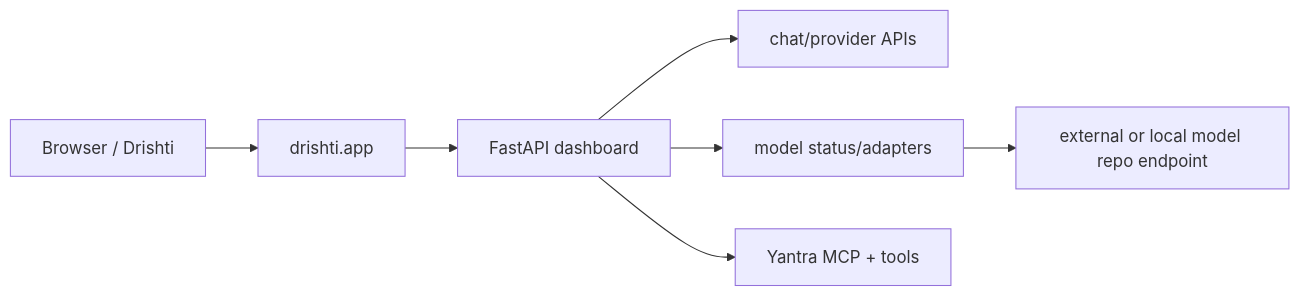
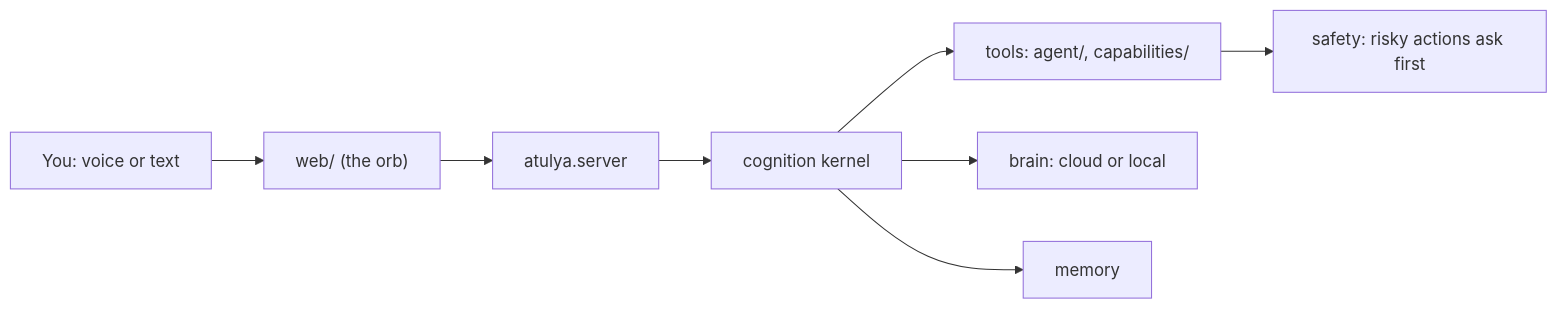
The diagram in README.md (atulyaai/Atulya-Tantra), drawn with Mermaid before and after one commit. The commit also changed other lines of this file and 203 other files, not shown here.

First line of the commit message:
refactor: one English layout - yantra and drishti merged into atulya/, web/ for the screen, one data/ folder

````diff
--- a/README.md
+++ b/README.md
@@ -233,9 +107,10 @@
 ```mermaid
 flowchart LR
-    Browser["Browser / Drishti"] --> Backend["drishti.app"]
-    Backend --> App["FastAPI dashboard"]
-    App --> Chat["chat/provider APIs"]
-    App --> Models["model status/adapters"]
-    App --> Yantra["Yantra MCP + tools"]
-    Models --> External["external or local model repo endpoint"]
+    You["You: voice or text"] --> Web["web/ (the orb)"]
+    Web --> Server["atulya.server"]
+    Server --> Kernel["cognition kernel"]
+    Kernel --> Tools["tools: agent/, capabilities/"]
+    Kernel --> Brain["brain: cloud or local"]
+    Kernel --> Memory["memory"]
+    Tools --> Safety["safety: risky actions ask first"]
 ```
````
